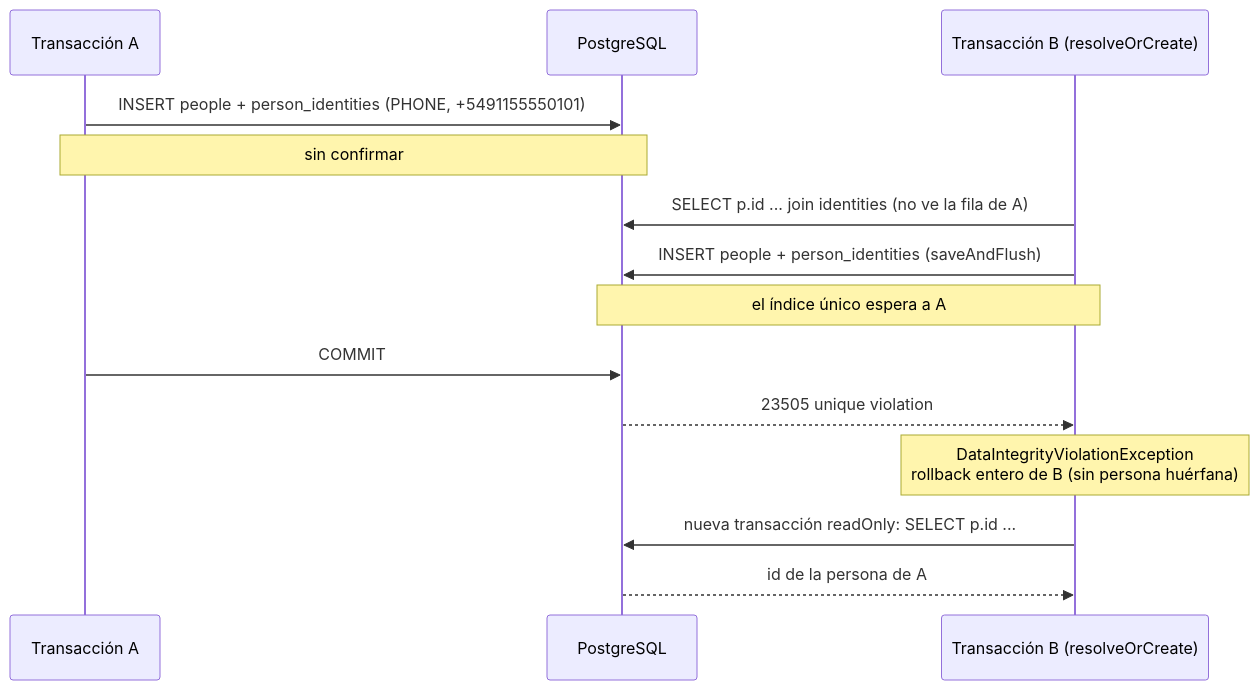
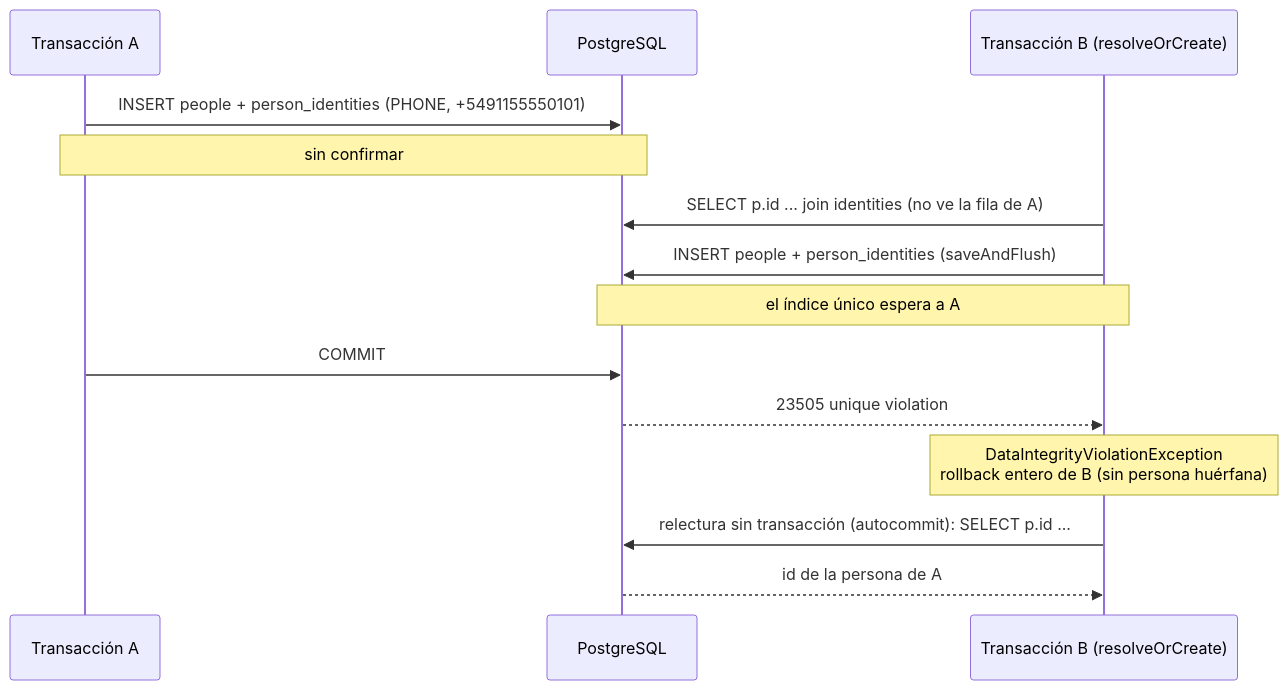
One commit to zapmaxvevo/communicator-one changed the second of 2 diagrams in docs/personas.md. Above: the diagram before and after it, drawn with Mermaid. The commit also changed other lines of this file and 6 other files, not shown here.

````diff
--- a/docs/personas.md
+++ b/docs/personas.md
@@ -119,16 +119,16 @@
 ```mermaid
 sequenceDiagram
     participant A as Transacción A
     participant DB as PostgreSQL
     participant B as Transacción B (resolveOrCreate)
     A->>DB: INSERT people + person_identities (PHONE, +5491155550101)
     Note over A,DB: sin confirmar
     B->>DB: SELECT p.id ... join identities (no ve la fila de A)
     B->>DB: INSERT people + person_identities (saveAndFlush)
     Note over B,DB: el índice único espera a A
     A->>DB: COMMIT
     DB-->>B: 23505 unique violation
     Note over B: DataIntegrityViolationException<br/>rollback entero de B (sin persona huérfana)
-    B->>DB: nueva transacción readOnly: SELECT p.id ...
+    B->>DB: relectura sin transacción (autocommit): SELECT p.id ...
     DB-->>B: id de la persona de A
 ```
````
